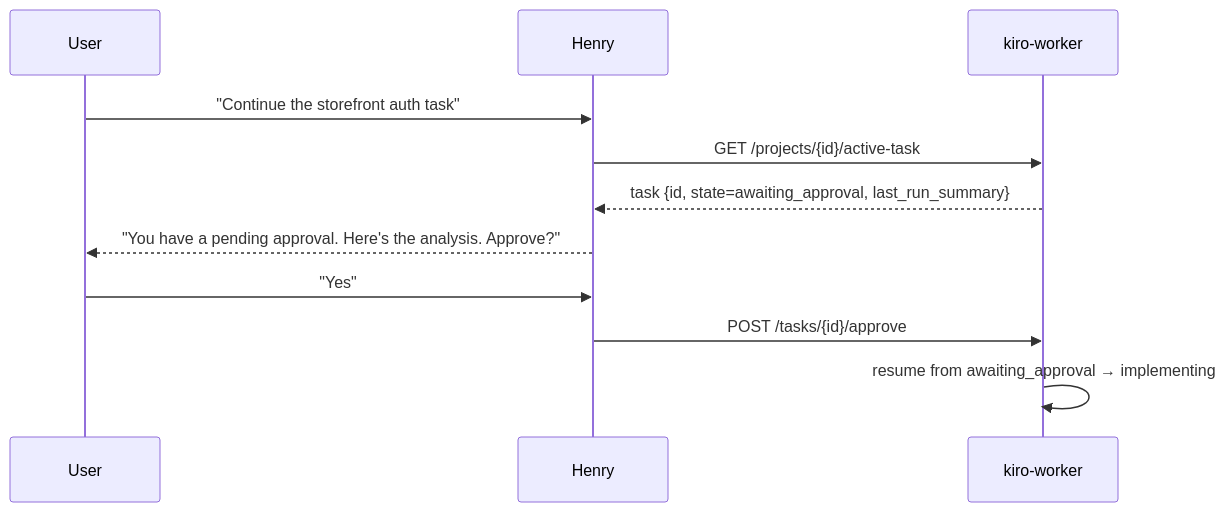
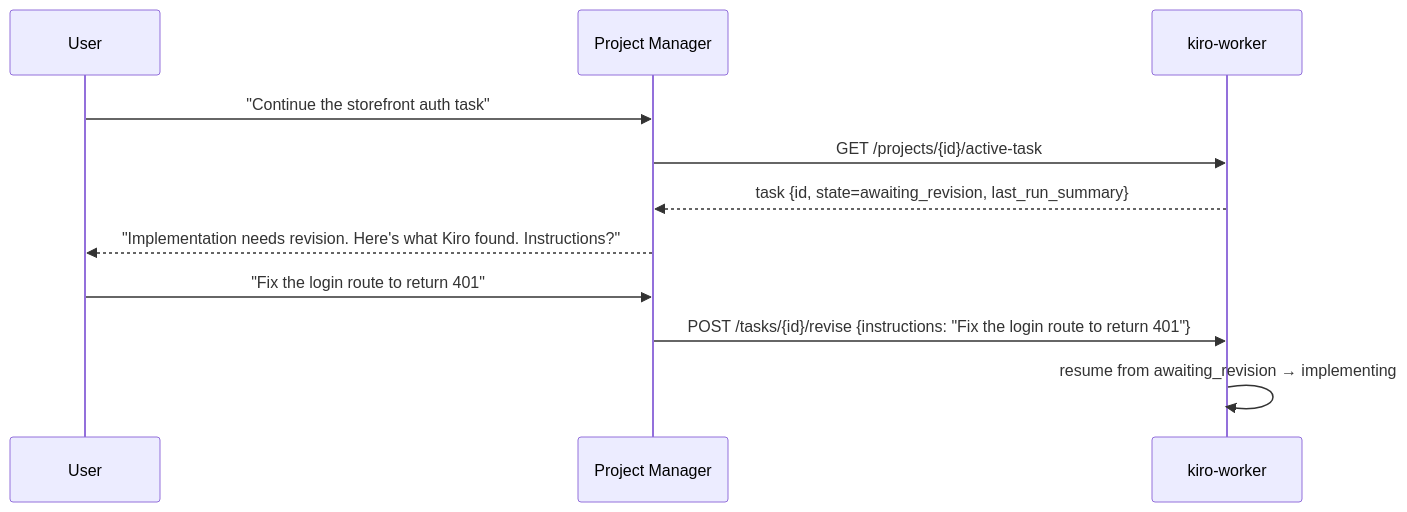
One commit to jchristian1/kiro-harness changed the second of 2 diagrams in .kiro/specs/kiro-worker-architecture-phase0/architecture.md. Above: the diagram before and after it, drawn with Mermaid. The commit also changed other lines of this file and 3690 other files, not shown here.

````diff
--- a/.kiro/specs/kiro-worker-architecture-phase0/architecture.md
+++ b/.kiro/specs/kiro-worker-architecture-phase0/architecture.md
@@ -296,14 +296,14 @@
 ```mermaid
 sequenceDiagram
     participant U as User
-    participant H as Henry
+    participant H as Project Manager
     participant W as kiro-worker
 
     U->>H: "Continue the storefront auth task"
     H->>W: GET /projects/{id}/active-task
-    W-->>H: task {id, state=awaiting_approval, last_run_summary}
-    H-->>U: "You have a pending approval. Here's the analysis. Approve?"
-    U->>H: "Yes"
-    H->>W: POST /tasks/{id}/approve
-    W->>W: resume from awaiting_approval → implementing
+    W-->>H: task {id, state=awaiting_revision, last_run_summary}
+    H-->>U: "Implementation needs revision. Here's what Kiro found. Instructions?"
+    U->>H: "Fix the login route to return 401"
+    H->>W: POST /tasks/{id}/revise {instructions: "Fix the login route to return 401"}
+    W->>W: resume from awaiting_revision → implementing
 ```
````
